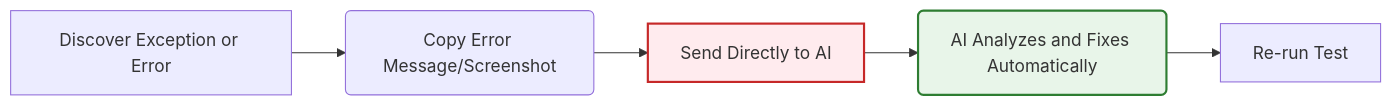
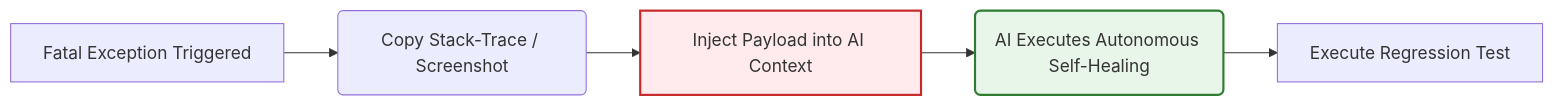
One commit to ruanqizhen/cocode changed the second of 2 diagrams in i18n/en/docusaurus-plugin-content-docs/current/nocode_iteration.md. Above: the diagram before and after it, drawn with Mermaid. The commit also changed other lines of this file and 41 other files, not shown here.

````diff
--- a/i18n/en/docusaurus-plugin-content-docs/current/nocode_iteration.md
+++ b/i18n/en/docusaurus-plugin-content-docs/current/nocode_iteration.md
@@ -231,10 +182,10 @@
 ```mermaid
 graph LR
-    A[Discover Exception or Error] --> B(Copy Error Message/Screenshot)
-    B --> C[Send Directly to AI]
-    C --> D(AI Analyzes and Fixes Automatically)
-    D --> E[Re-run Test]
+    A[Fatal Exception Triggered] --> B(Copy Stack-Trace / Screenshot)
+    B --> C[Inject Payload into AI Context]
+    C --> D(AI Executes Autonomous Self-Healing)
+    D --> E[Execute Regression Test]
 
     style C fill:#ffebee,stroke:#c62828,stroke-width:2px
     style D fill:#e8f5e9,stroke:#2e7d32,stroke-width:2px
 ```
````
